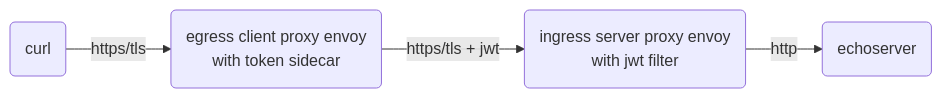
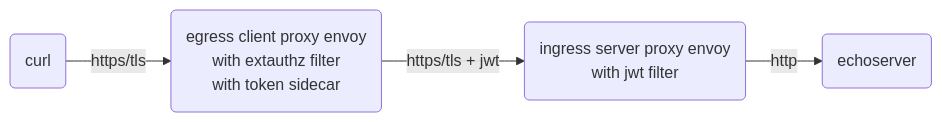
The seventh of 15 diagrams in docs/ENVOY.md (ctyano/athenz-distribution), drawn with Mermaid before and after one commit. The commit also changed other lines of this file, not shown here.

````diff
--- a/docs/ENVOY.md
+++ b/docs/ENVOY.md
@@ -133,4 +133,4 @@
 ```mermaid
 flowchart LR
-A(curl) -->|https/tls| B(egress client proxy envoy\nwith token sidecar) -->|https/tls + jwt| C(ingress server proxy envoy\nwith jwt filter) -->|http| D(echoserver)
+A(curl) -->|https/tls| B(egress client proxy envoy\nwith extauthz filter\nwith token sidecar) -->|https/tls + jwt| C(ingress server proxy envoy\nwith jwt filter) -->|http| D(echoserver)
 ```
````
